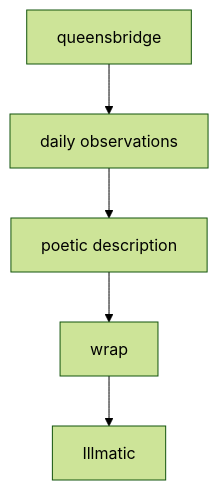
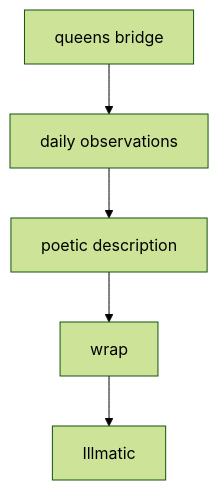
The second of 10 diagrams in en/_posts/2026-07-02-column-influential-album-04.md (monumental-movement/monumental-movement.github.io), drawn with Mermaid (forest theme) before and after one commit. The commit also changed other lines of this file and 851 other files, not shown here.

```diff
--- a/en/_posts/2026-07-02-column-influential-album-04.md
+++ b/en/_posts/2026-07-02-column-influential-album-04.md
@@ -200,11 +200,11 @@
 <div class="mermaid">
 flowchart TD
-A[queensbridge]
+A[queens bridge]
 B[daily observations]
 C[poetic description]
 D[wrap]
 E[Illmatic]
 
 A --> B --> C --> D --> E
 
 </div>
```
